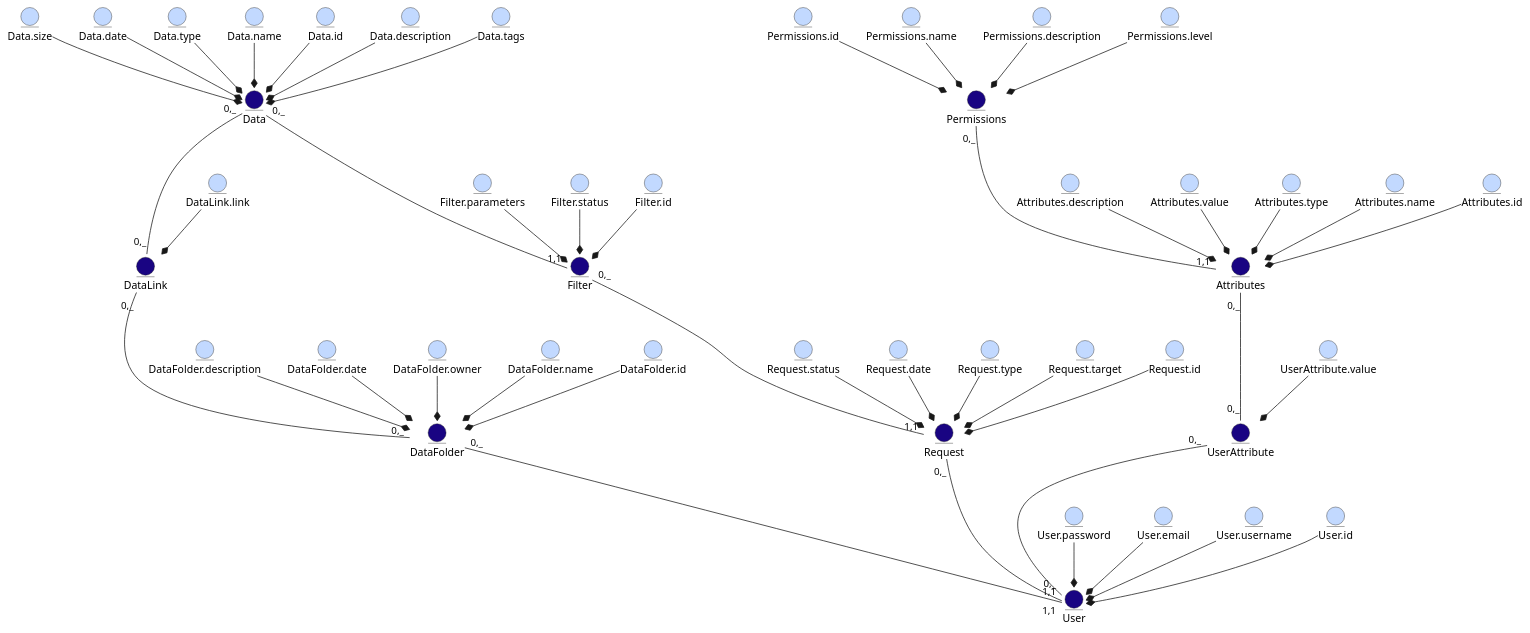
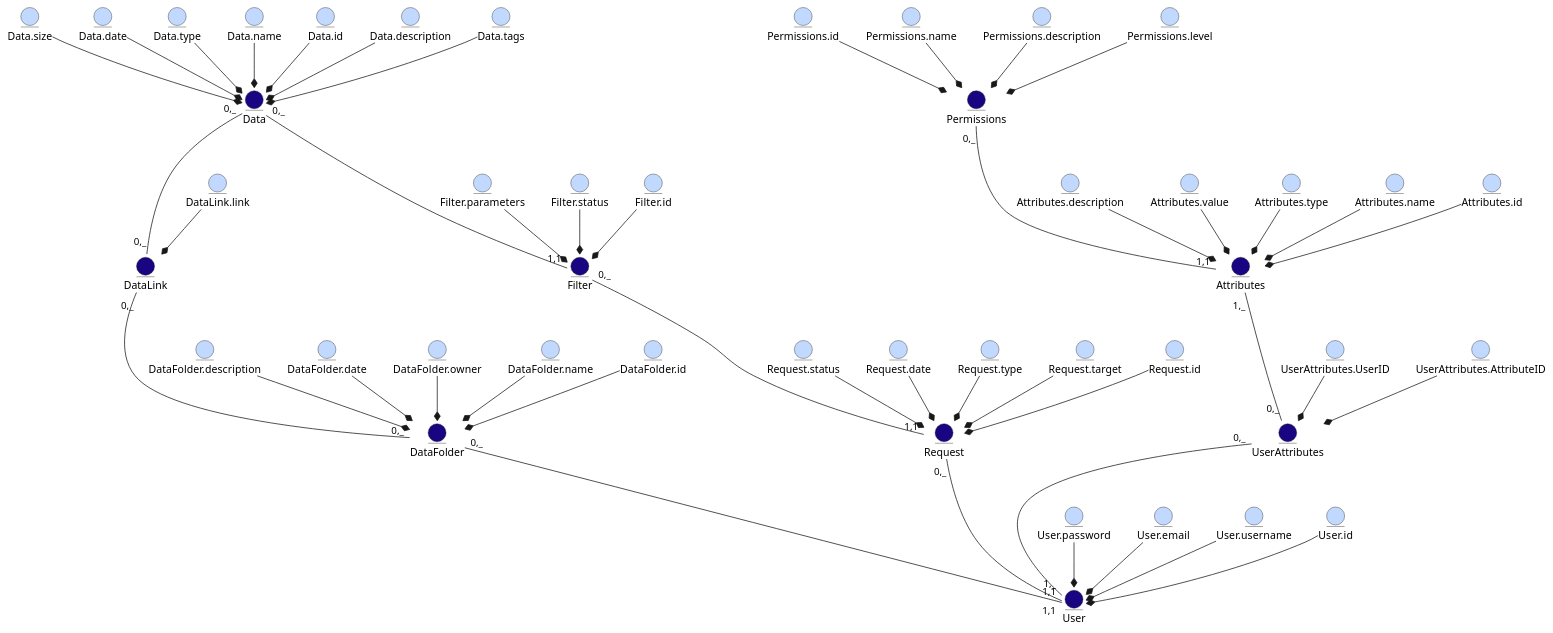
The diagram in docs/design/README.md (edu-db/edu_db_labs), drawn with PlantUML before and after one commit.

Commit message:
feat: create relation User - Permissions

```diff
--- a/docs/design/README.md
+++ b/docs/design/README.md
@@ -62,15 +60,16 @@
 entity DataLink #190482
 entity DataLink.link #C2D9FF
 
-entity UserAttribute  #190482
-entity UserAttribute.value  #C2D9FF
+entity UserAttributes  #190482
+entity UserAttributes.UserID  #C2D9FF
+entity UserAttributes.AttributeID #C2D9FF
 
-User "0,_" --u- "0,_" UserAttribute
+User "1,_" --u- "0,_" UserAttributes
 User "1,1" --u- "0,_" Request
 User "1,1" --u- "0,_" DataFolder
 Request "1,1" --u- "0,_" Filter
 Filter "1,1" --u- "0,_" Data
-UserAttribute "0,_" --u- "0,_" Attributes
+UserAttributes "0,_" --u- "1,_" Attributes
 Attributes "1,1" --u- "0,_" Permissions
 
 User.password -d-* User
@@ -104,7 +103,9 @@
 DataFolder.id -d-* DataFolder
 
 
-UserAttribute.value -d-* UserAttribute
+UserAttributes.UserID -d-* UserAttributes
+UserAttributes.AttributeID -d-* UserAttributes
+
 
 Attributes.description -d-* Attributes
 Attributes.value -d-* Attributes
```
